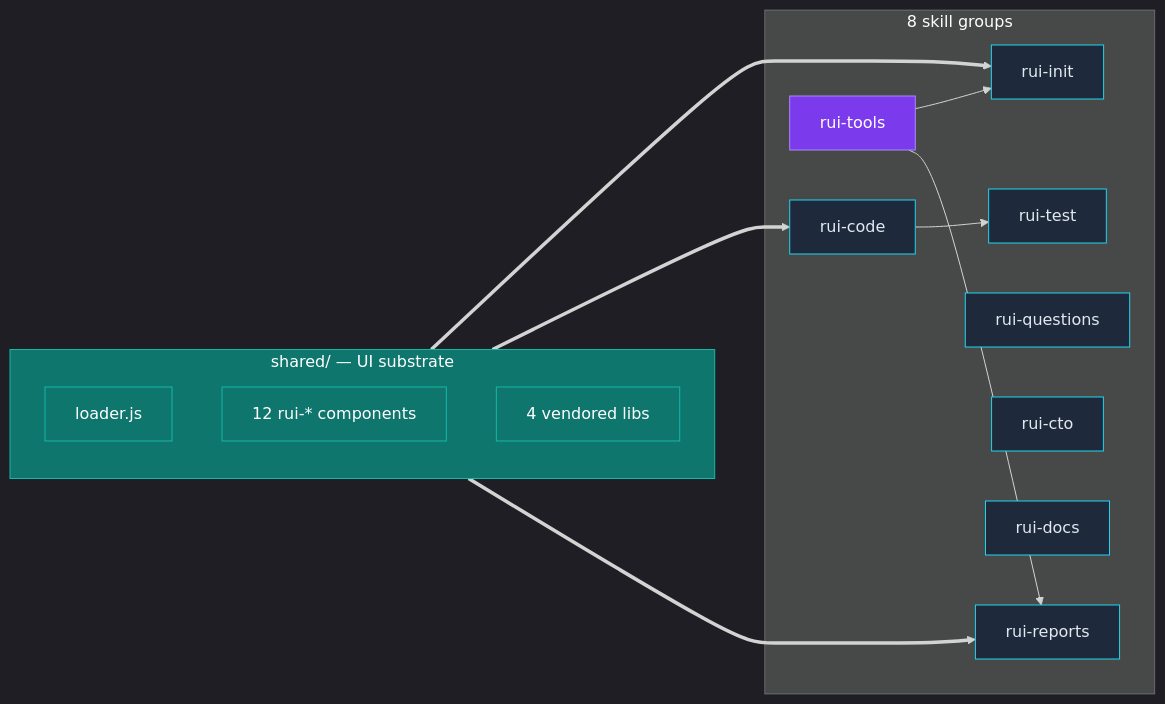
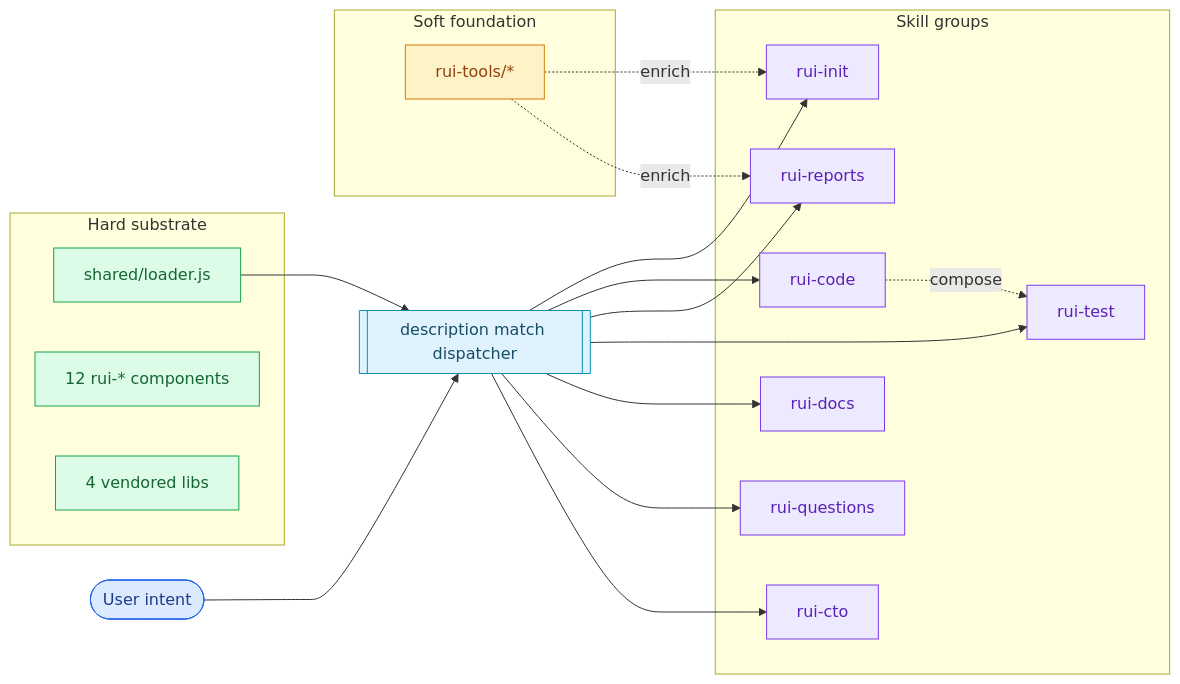
One commit to effiy/YrY changed the diagram in .claude/docs/arch/scene-2-skill-composition-flow/index.md. Above: the diagram before and after it, drawn with Mermaid. The commit also changed other lines of this file and 32 other files, not shown here.

First line of the commit message:
docs: standardize mermaid diagrams and add summaries

````diff
--- a/.claude/docs/arch/scene-2-skill-composition-flow/index.md
+++ b/.claude/docs/arch/scene-2-skill-composition-flow/index.md
@@ -9,32 +9,42 @@
 ```mermaid
-%%{init: {'theme':'dark','flowchart':{'htmlLabels':true}}}%%
 flowchart LR
-  subgraph shared[shared/ — UI substrate]
-    loader[loader.js]
-    cmp[12 rui-* components]
-    vendor[4 vendored libs]
+  query([User intent]):::entry --> dispatch[[description match dispatcher]]:::process
+
+  subgraph shared[Hard substrate]
+    loader[shared/loader.js]:::substrate
+    comps[12 rui-* components]:::substrate
+    vendor[4 vendored libs]:::substrate
   end
-  subgraph groups[8 skill groups]
-    rui_init[rui-init]
-    rui_test[rui-test]
-    rui_q[rui-questions]
-    rui_cto[rui-cto]
-    rui_code[rui-code]
-    rui_docs[rui-docs]
-    rui_reports[rui-reports]
-    rui_tools[rui-tools]
+
+  subgraph foundation[Soft foundation]
+    tools[rui-tools/*]:::foundation
   end
-  shared ==> rui_init
-  shared ==> rui_code
-  shared ==> rui_reports
-  rui_tools --> rui_init
-  rui_tools --> rui_reports
-  rui_code --> rui_test
 
-  classDef substrate fill:#0f766e,stroke:#14b8a6,color:#fff
-  classDef foundation fill:#7c3aed,stroke:#a78bfa,color:#fff
-  classDef consumer fill:#1e293b,stroke:#22d3ee,color:#e2e8f0
-  class shared,loader,cmp,vendor substrate
-  class rui_tools foundation
-  class rui_init,rui_code,rui_reports,rui_test,rui_q,rui_cto,rui_docs consumer
+  subgraph groups[Skill groups]
+    init[rui-init]:::skill
+    code[rui-code]:::skill
+    reports[rui-reports]:::skill
+    test[rui-test]:::skill
+    docs[rui-docs]:::skill
+    q[rui-questions]:::skill
+    cto[rui-cto]:::skill
+  end
+
+  dispatch --> init
+  dispatch --> code
+  dispatch --> reports
+  dispatch --> test
+  dispatch --> docs
+  dispatch --> q
+  dispatch --> cto
+  loader --> dispatch
+  tools -. enrich .-> init
+  tools -. enrich .-> reports
+  code -. compose .-> test
+
+  classDef entry fill:#dbeafe,stroke:#2563eb,color:#1e3a8a
+  classDef process fill:#e0f2fe,stroke:#0891b2,color:#164e63
+  classDef substrate fill:#dcfce7,stroke:#16a34a,color:#166534
+  classDef foundation fill:#fef3c7,stroke:#d97706,color:#92400e
+  classDef skill fill:#ede9fe,stroke:#7c3aed,color:#5b21b6
 ```
````
